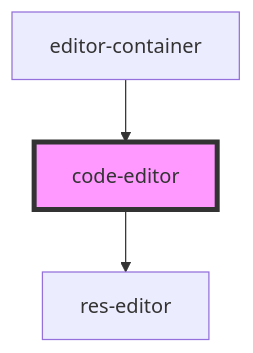
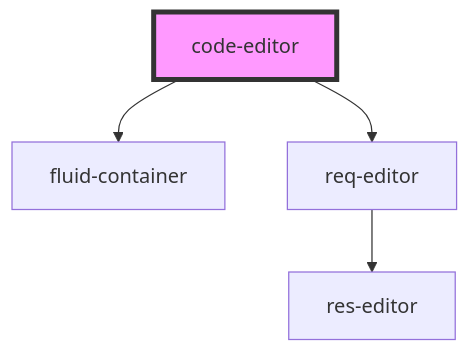
The diagram in src/components/code-editor/readme.md (techvariable/NeptuneConnectComponents), drawn with Mermaid before and after one commit. The commit also changed other lines of this file and 10 other files, not shown here.

Commit message:
added req and res editor

````diff
--- a/src/components/code-editor/readme.md
+++ b/src/components/code-editor/readme.md
@@ -31,6 +24,7 @@
 ```mermaid
 graph TD;
-  code-editor --> res-editor
-  editor-container --> code-editor
+  code-editor --> fluid-container
+  code-editor --> req-editor
+  req-editor --> res-editor
   style code-editor fill:#f9f,stroke:#333,stroke-width:4px
 ```
````
